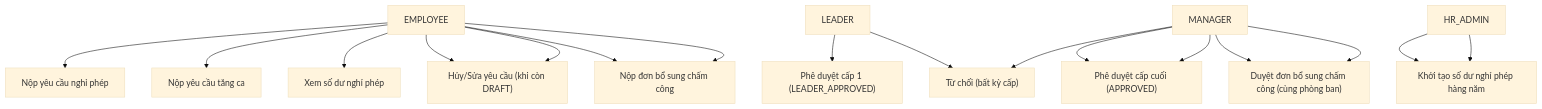
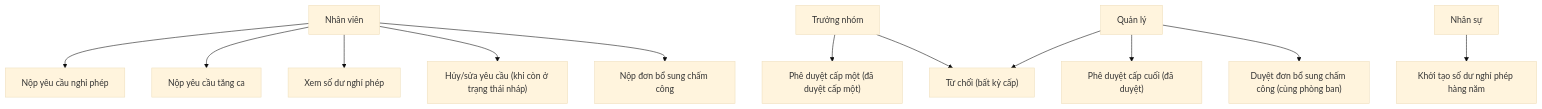
Before and after one commit to NBachTH/HRMS: the fourth of 19 diagrams in docs/DATN_20204812_NguyenThanhBach/DATN_20204812_NguyenThanhBach.md, drawn with Mermaid (base theme). The commit also changed other lines of this file, not shown here.

````diff
--- a/docs/DATN_20204812_NguyenThanhBach/DATN_20204812_NguyenThanhBach.md
+++ b/docs/DATN_20204812_NguyenThanhBach/DATN_20204812_NguyenThanhBach.md
@@ -276,19 +260,14 @@
 ```mermaid
 graph TD
-    EMP["EMPLOYEE"] --> A["Nộp yêu cầu nghỉ phép"]
+    EMP["Nhân viên"] --> A["Nộp yêu cầu nghỉ phép"]
     EMP --> B["Nộp yêu cầu tăng ca"]
     EMP --> C["Xem số dư nghỉ phép"]
-    EMP --> D["Hủy/Sửa yêu cầu (khi còn DRAFT)"]
+    EMP --> D["Hủy/sửa yêu cầu (khi còn ở trạng thái nháp)"]
     EMP --> K["Nộp đơn bổ sung chấm công"]
-    EMP --> D["Hủy/Sửa yêu cầu (khi còn DRAFT)"]
-    EMP --> K["Nộp đơn bổ sung chấm công"]
-    LEAD["LEADER"] --> E["Phê duyệt cấp 1 (LEADER_APPROVED)"]
+    LEAD["Trưởng nhóm"] --> E["Phê duyệt cấp một (đã duyệt cấp một)"]
     LEAD --> F["Từ chối (bất kỳ cấp)"]
-    MGR["MANAGER"] --> G["Phê duyệt cấp cuối (APPROVED)"]
-    MGR["MANAGER"] --> G["Phê duyệt cấp cuối (APPROVED)"]
+    MGR["Quản lý"] --> G["Phê duyệt cấp cuối (đã duyệt)"]
     MGR --> F
     MGR --> L["Duyệt đơn bổ sung chấm công (cùng phòng ban)"]
-    HR["HR_ADMIN"] --> J["Khởi tạo số dư nghỉ phép hàng năm"]
-    MGR --> L["Duyệt đơn bổ sung chấm công (cùng phòng ban)"]
-    HR["HR_ADMIN"] --> J["Khởi tạo số dư nghỉ phép hàng năm"]
+    HR["Nhân sự"] --> J["Khởi tạo số dư nghỉ phép hàng năm"]
 ```
````
